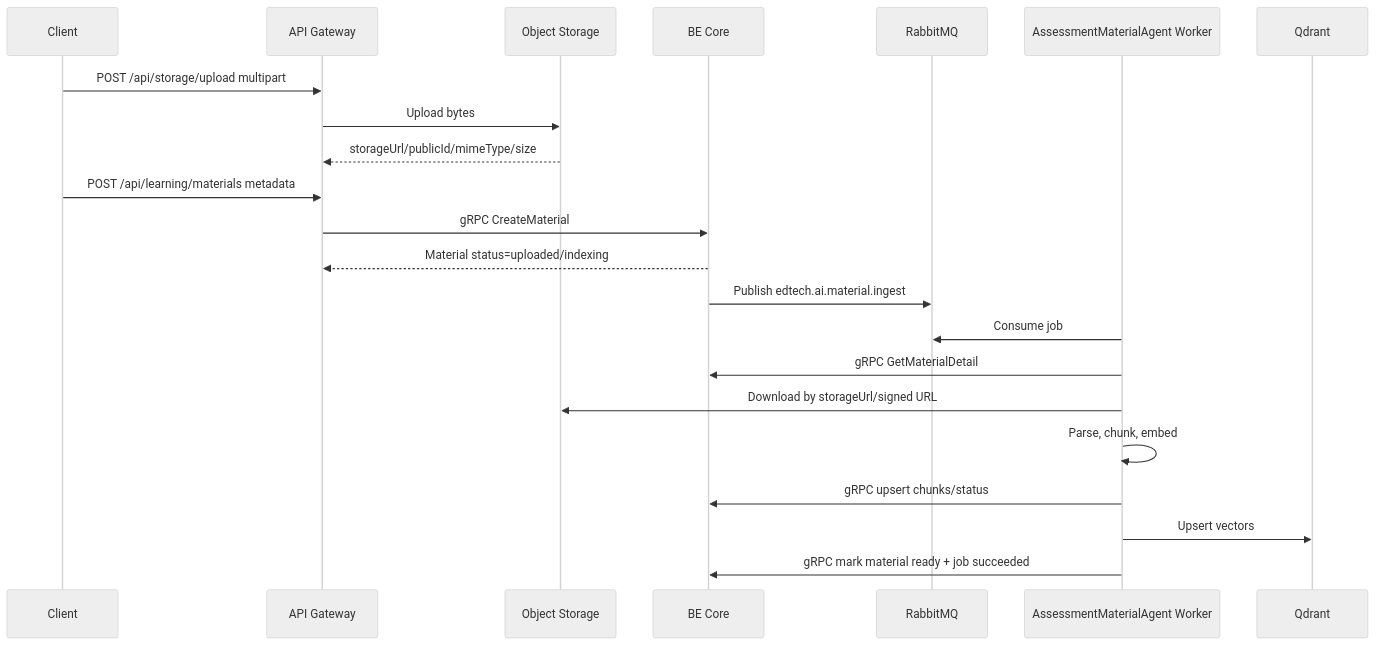
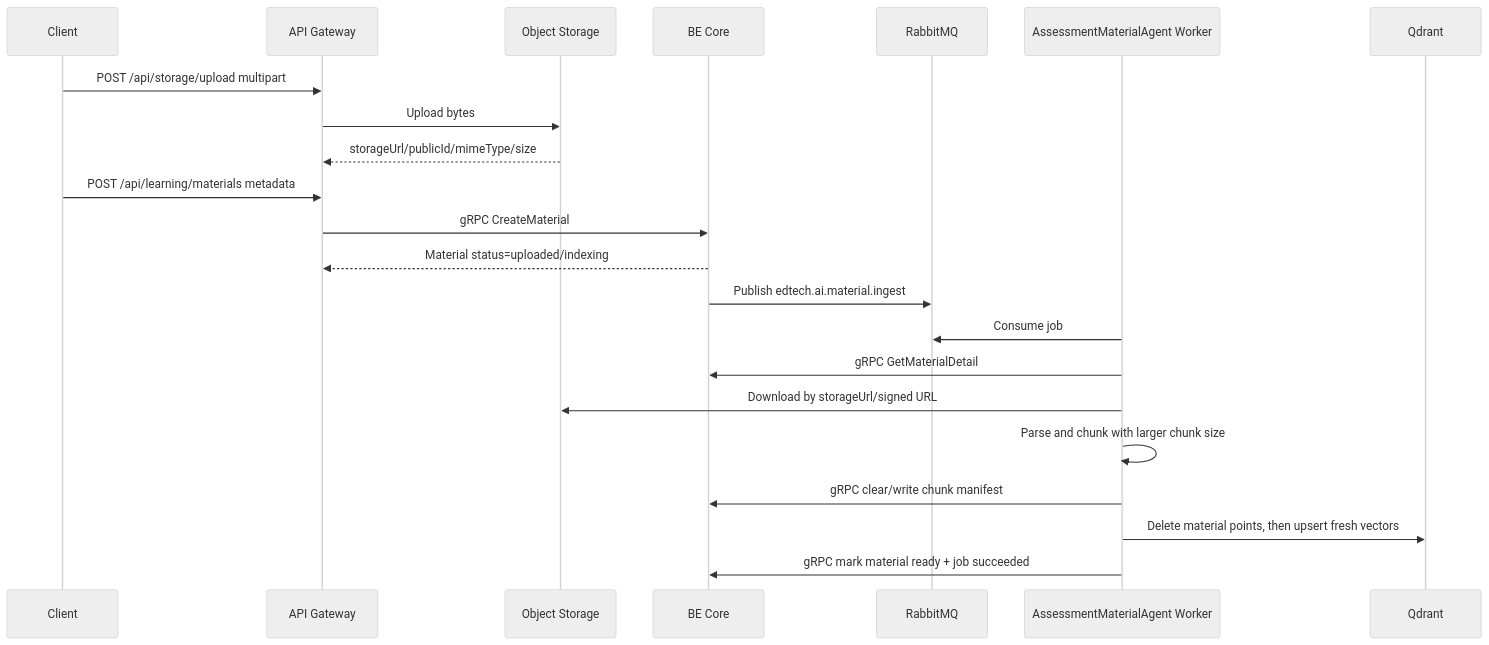
One commit to Tanh1603/EdTech changed the first of 4 diagrams in docs/ai-service/runtime-flows.md. Above: the diagram before and after it, drawn with Mermaid (neutral theme). The commit also changed other lines of this file and 88 other files, not shown here.

````diff
--- a/docs/ai-service/runtime-flows.md
+++ b/docs/ai-service/runtime-flows.md
@@ -5,25 +5,25 @@
 ```mermaid
 sequenceDiagram
   participant C as Client
   participant G as API Gateway
   participant S as Object Storage
   participant B as BE Core
   participant R as RabbitMQ
   participant W as AssessmentMaterialAgent Worker
   participant Q as Qdrant
 
   C->>G: POST /api/storage/upload multipart
   G->>S: Upload bytes
   S-->>G: storageUrl/publicId/mimeType/size
   C->>G: POST /api/learning/materials metadata
   G->>B: gRPC CreateMaterial
   B-->>G: Material status=uploaded/indexing
   B->>R: Publish edtech.ai.material.ingest
   W->>R: Consume job
   W->>B: gRPC GetMaterialDetail
   W->>S: Download by storageUrl/signed URL
-  W->>W: Parse, chunk, embed
-  W->>B: gRPC upsert chunks/status
-  W->>Q: Upsert vectors
+  W->>W: Parse and chunk with larger chunk size
+  W->>B: gRPC clear/write chunk manifest
+  W->>Q: Delete material points, then upsert fresh vectors
   W->>B: gRPC mark material ready + job succeeded
 ```
````
